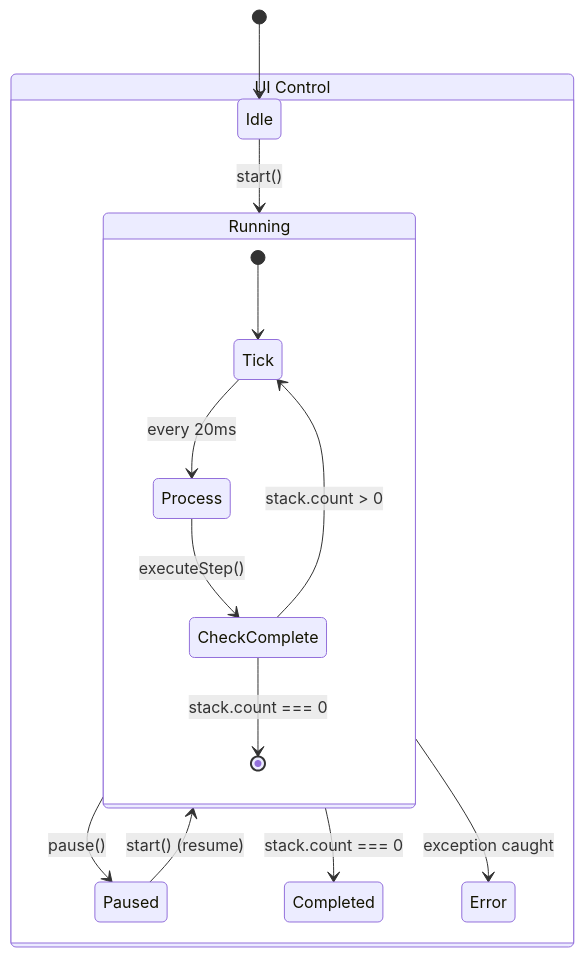
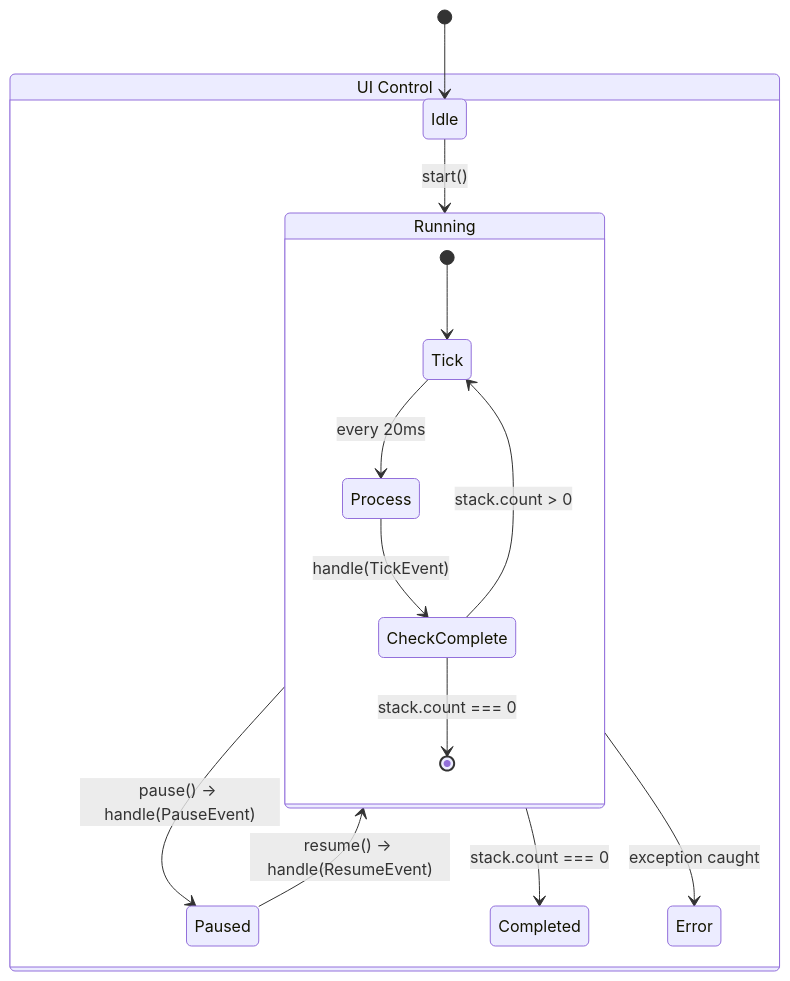
Diagram 11 of 13 in docs/runtime-state-machine.md (SergeiGolos/wod-wiki), drawn with Mermaid before and after one commit. The commit also changed other lines of this file and 1 other file, not shown here.

````diff
--- a/docs/runtime-state-machine.md
+++ b/docs/runtime-state-machine.md
@@ -433,20 +523,20 @@
 ```mermaid
 stateDiagram-v2
     [*] --> Idle
     
     state "UI Control" as UC {
         Idle --> Running: start()
-        Running --> Paused: pause()
-        Paused --> Running: start() (resume)
+        Running --> Paused: pause() → handle(PauseEvent)
+        Paused --> Running: resume() → handle(ResumeEvent)
         Running --> Completed: stack.count === 0
         Running --> Error: exception caught
     }
     
     state "Running" as Running {
         [*] --> Tick
         Tick --> Process: every 20ms
-        Process --> CheckComplete: executeStep()
+        Process --> CheckComplete: handle(TickEvent)
         CheckComplete --> Tick: stack.count > 0
         CheckComplete --> [*]: stack.count === 0
     }
 ```
````
